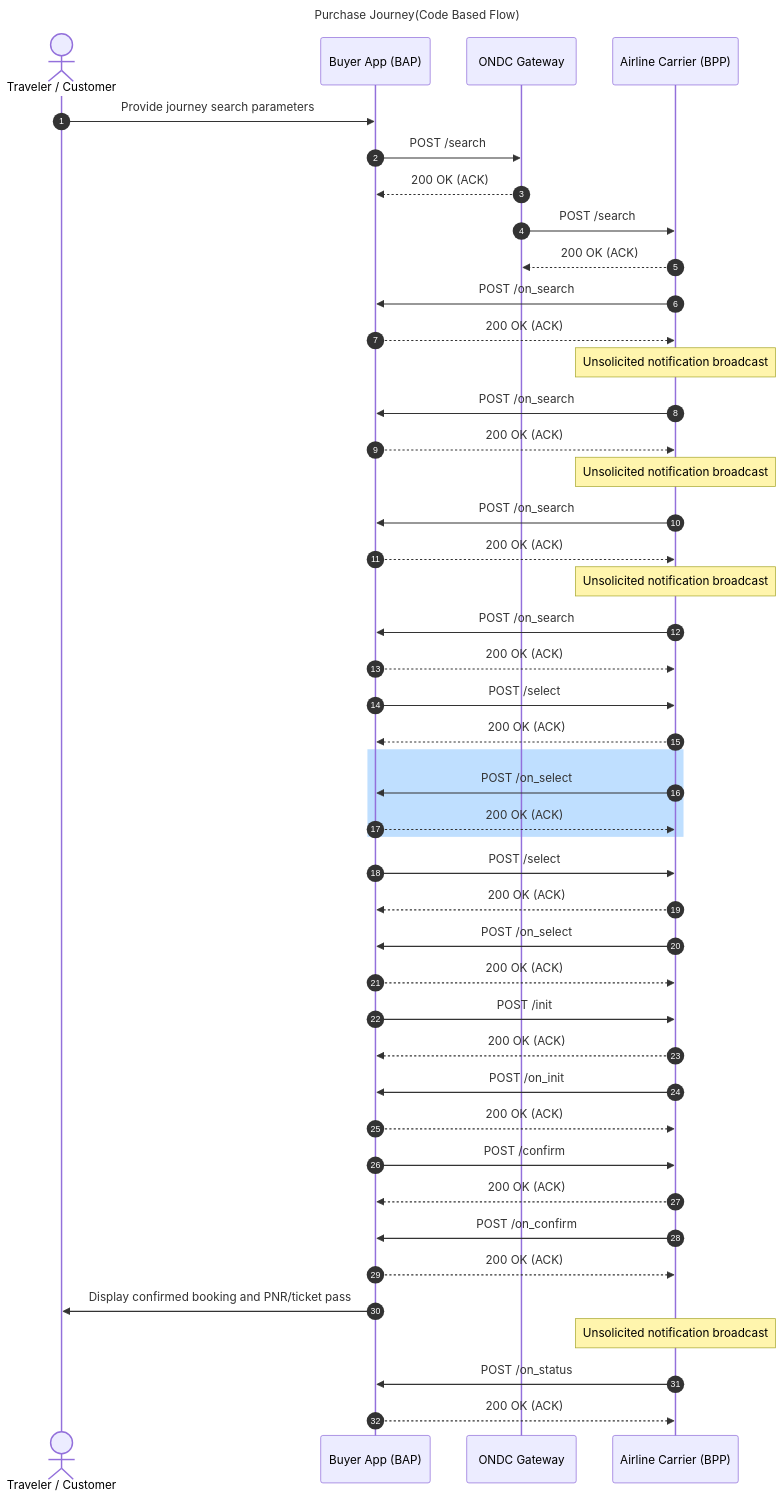
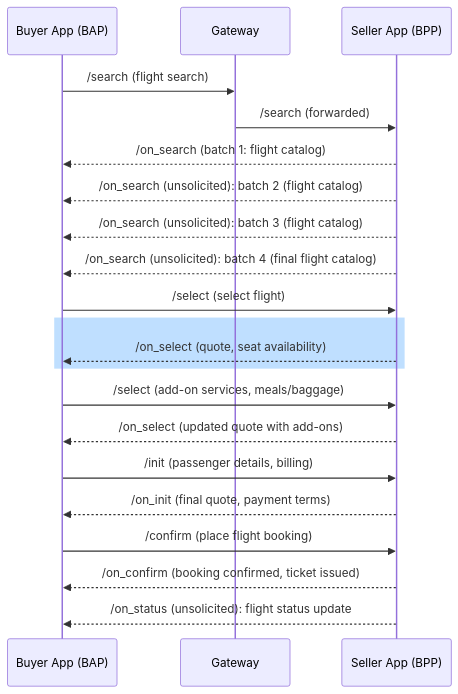
One commit to ONDC-Official/automation-specifications changed the seventh of 14 diagrams in config/docs/purchase-journey-code-based-flow-sequence-diagrams.md. Above: the diagram before and after it, drawn with Mermaid. The commit also changed other lines of this file and 23 other files, not shown here.

````diff
--- a/config/docs/purchase-journey-code-based-flow-sequence-diagrams.md
+++ b/config/docs/purchase-journey-code-based-flow-sequence-diagrams.md
@@ -319,48 +168,23 @@
 ```mermaid
 sequenceDiagram
-    title Purchase Journey(Code Based Flow)
-    autonumber
-    actor User as Traveler / Customer
-    participant BAP as Buyer App (BAP)
-    participant BG as ONDC Gateway
-    participant BPP as Airline Carrier (BPP)
-
-    User->>BAP: Provide journey search parameters
-    BAP->>BG: POST /search
-    BG-->>BAP: 200 OK (ACK)
-    BG->>BPP: POST /search
-    BPP-->>BG: 200 OK (ACK)
-    BPP->>BAP: POST /on_search
-    BAP-->>BPP: 200 OK (ACK)
-    Note over BPP: Unsolicited notification broadcast
-    BPP->>BAP: POST /on_search
-    BAP-->>BPP: 200 OK (ACK)
-    Note over BPP: Unsolicited notification broadcast
-    BPP->>BAP: POST /on_search
-    BAP-->>BPP: 200 OK (ACK)
-    Note over BPP: Unsolicited notification broadcast
-    BPP->>BAP: POST /on_search
-    BAP-->>BPP: 200 OK (ACK)
-    BAP->>BPP: POST /select
-    BPP-->>BAP: 200 OK (ACK)
-    rect rgb(191, 223, 255)
-    BPP->>BAP: POST /on_select
-    BAP-->>BPP: 200 OK (ACK)
-    end
-    BAP->>BPP: POST /select
-    BPP-->>BAP: 200 OK (ACK)
-    BPP->>BAP: POST /on_select
-    BAP-->>BPP: 200 OK (ACK)
-    BAP->>BPP: POST /init
-    BPP-->>BAP: 200 OK (ACK)
-    BPP->>BAP: POST /on_init
-    BAP-->>BPP: 200 OK (ACK)
-    BAP->>BPP: POST /confirm
-    BPP-->>BAP: 200 OK (ACK)
-    BPP->>BAP: POST /on_confirm
-    BAP-->>BPP: 200 OK (ACK)
-    BAP->>User: Display confirmed booking and PNR/ticket pass
-    Note over BPP: Unsolicited notification broadcast
-    BPP->>BAP: POST /on_status
-    BAP-->>BPP: 200 OK (ACK)
+  participant Buyer App (BAP)
+  participant Gateway
+  participant Seller App (BPP)
+  Buyer App (BAP)->>Gateway: /search (flight search)
+  Gateway->>Seller App (BPP): /search (forwarded)
+  Seller App (BPP)-->>Buyer App (BAP): /on_search (batch 1: flight catalog)
+  Seller App (BPP)-->>Buyer App (BAP): /on_search (unsolicited): batch 2 (flight catalog)
+  Seller App (BPP)-->>Buyer App (BAP): /on_search (unsolicited): batch 3 (flight catalog)
+  Seller App (BPP)-->>Buyer App (BAP): /on_search (unsolicited): batch 4 (final flight catalog)
+  Buyer App (BAP)->>Seller App (BPP): /select (select flight)
+  rect rgb(191, 223, 255)
+  Seller App (BPP)-->>Buyer App (BAP): /on_select (quote, seat availability)
+  end
+  Buyer App (BAP)->>Seller App (BPP): /select (add-on services, meals/baggage)
+  Seller App (BPP)-->>Buyer App (BAP): /on_select (updated quote with add-ons)
+  Buyer App (BAP)->>Seller App (BPP): /init (passenger details, billing)
+  Seller App (BPP)-->>Buyer App (BAP): /on_init (final quote, payment terms)
+  Buyer App (BAP)->>Seller App (BPP): /confirm (place flight booking)
+  Seller App (BPP)-->>Buyer App (BAP): /on_confirm (booking confirmed, ticket issued)
+  Seller App (BPP)-->>Buyer App (BAP): /on_status (unsolicited): flight status update
 ```
````
